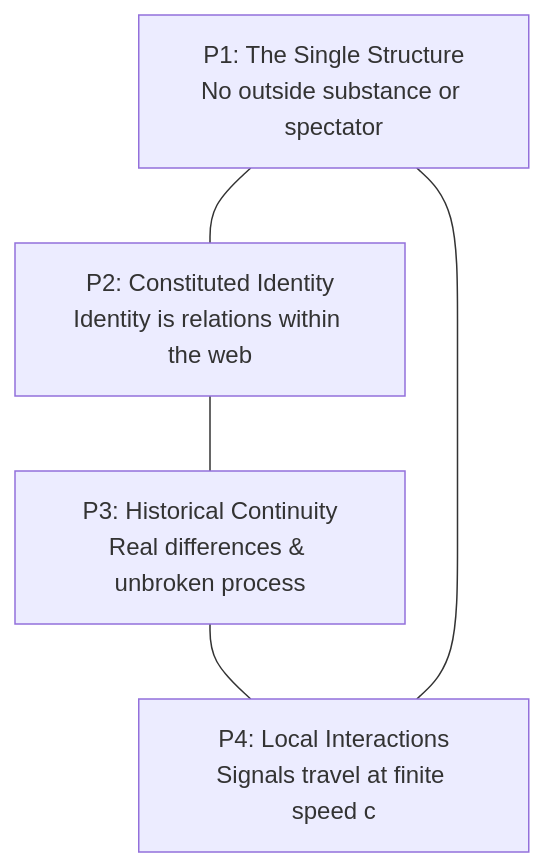
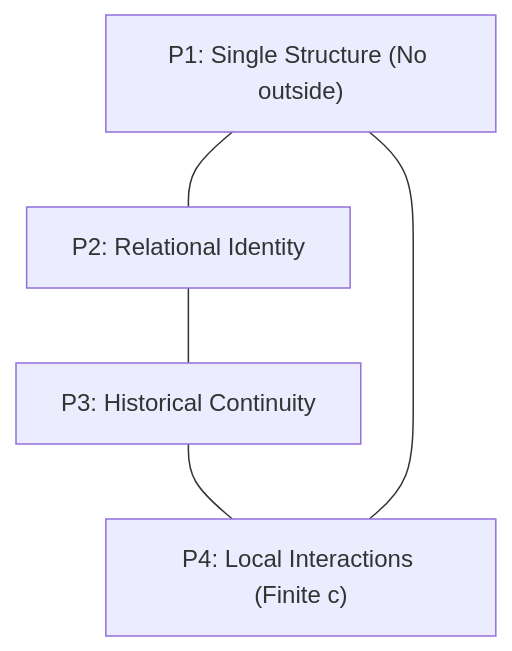
Before and after one commit to Tobillicious/mangakotukutuku-curriculum: the diagram in UNIT-01-NGA-TAURA-WHAKAPAPA.md, drawn with Mermaid. The commit also changed other lines of this file and 7 other files, not shown here.

````diff
--- a/UNIT-01-NGA-TAURA-WHAKAPAPA.md
+++ b/UNIT-01-NGA-TAURA-WHAKAPAPA.md
@@ -31,7 +31,11 @@
 ```mermaid
 flowchart TD
-    P1["P1: The Single Structure<br/>No outside substance or spectator"] --- P2["P2: Constituted Identity<br/>Identity is relations within the web"]
-    P2 --- P3["P3: Historical Continuity<br/>Real differences & unbroken process"]
-    P3 --- P4["P4: Local Interactions<br/>Signals travel at finite speed c"]
+    P1["P1: Single Structure (No outside)"]
+    P2["P2: Relational Identity"]
+    P3["P3: Historical Continuity"]
+    P4["P4: Local Interactions (Finite c)"]
+    P1 --- P2
+    P2 --- P3
+    P3 --- P4
     P4 --- P1
 ```
````
